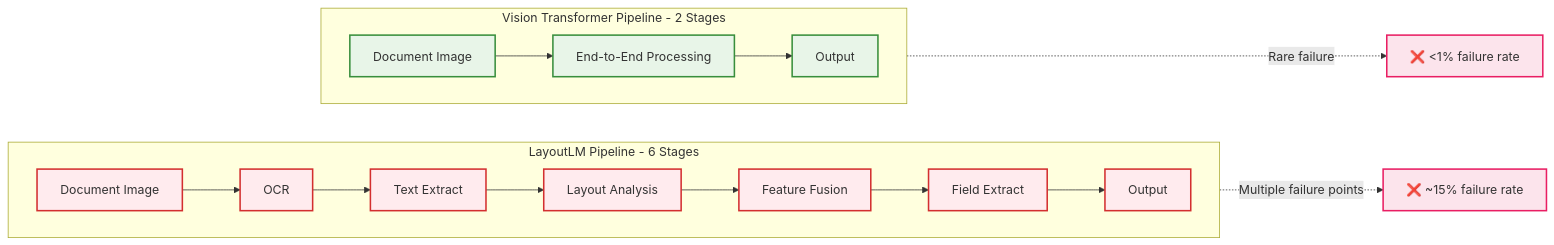
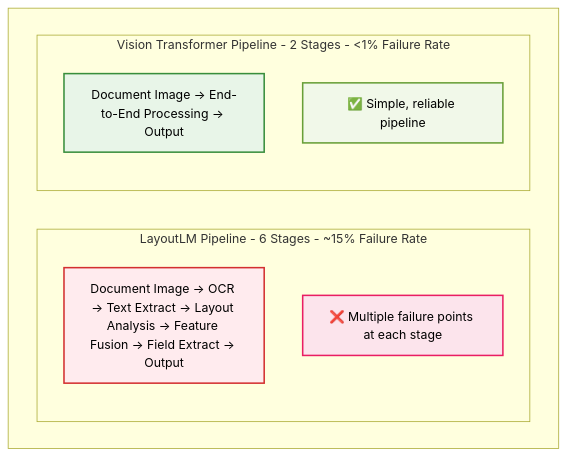
Before and after one commit to tmnestor/unified_vision_processor_minimal: the diagram in presentation_materials/presentation_diagrams/mermaid_exports/Document_Processing_Pipeline_Comparison_v2.mmd, drawn with Mermaid. The commit also changed 1 other file, not shown here.

Commit message:
✨ feat: update Document Processing Pipeline comparison diagram for enhanced clarity and consistency

```diff
--- a/presentation_materials/presentation_diagrams/mermaid_exports/Document_Processing_Pipeline_Comparison_v2.mmd
+++ b/presentation_materials/presentation_diagrams/mermaid_exports/Document_Processing_Pipeline_Comparison_v2.mmd
@@ -1,22 +1,23 @@
-flowchart LR
-    subgraph L ["LayoutLM Pipeline - 6 Stages"]
-        direction LR
-        L1[Document Image] --> L2[OCR] --> L3[Text Extract] --> L4[Layout Analysis] --> L5[Feature Fusion] --> L6[Field Extract] --> L7[Output]
+graph TB
+    subgraph comparison [" "]
+        subgraph layoutlm ["LayoutLM Pipeline - 6 Stages - ~15% Failure Rate"]
+            L1["Document Image → OCR → Text Extract → Layout Analysis → Feature Fusion → Field Extract → Output"]
+            L2["❌ Multiple failure points at each stage"]
+        end
+        
+        subgraph vit ["Vision Transformer Pipeline - 2 Stages - <1% Failure Rate"]
+            V1["Document Image → End-to-End Processing → Output"]
+            V2["✅ Simple, reliable pipeline"]
+        end
     end
     
-    subgraph V ["Vision Transformer Pipeline - 2 Stages"]
-        direction LR
-        V1[Document Image] --> V2[End-to-End Processing] --> V3[Output]
-    end
+    %% Styling
+    classDef layoutlmNode fill:#ffebee,stroke:#d32f2f,stroke-width:2px,color:#000
+    classDef vitNode fill:#e8f5e8,stroke:#388e3c,stroke-width:2px,color:#000
+    classDef failure fill:#fce4ec,stroke:#e91e63,stroke-width:2px,color:#000
+    classDef success fill:#f1f8e9,stroke:#689f38,stroke-width:2px,color:#000
     
-    L4 -.->|Multiple failure points| LF[❌ ~15% failure rate]
-    V2 -.->|Rare failure| VF[❌ <1% failure rate]
-    
-    %% Styling
-    classDef layoutlm fill:#ffebee,stroke:#d32f2f,stroke-width:2px
-    classDef vit fill:#e8f5e8,stroke:#388e3c,stroke-width:2px
-    classDef failure fill:#fce4ec,stroke:#e91e63,stroke-width:2px
-    
-    class L1,L2,L3,L4,L5,L6,L7 layoutlm
-    class V1,V2,V3 vit
-    class LF,VF failure
+    class L1 layoutlmNode
+    class L2 failure
+    class V1 vitNode
+    class V2 success
```
